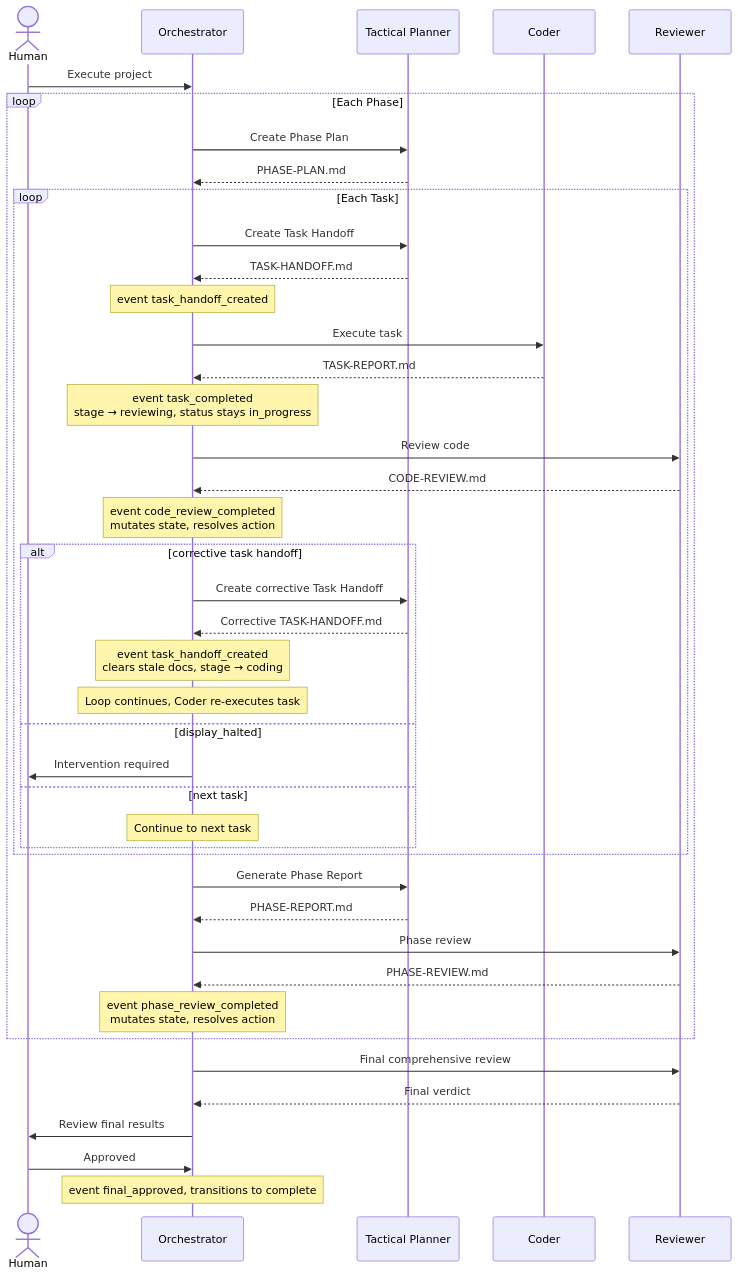
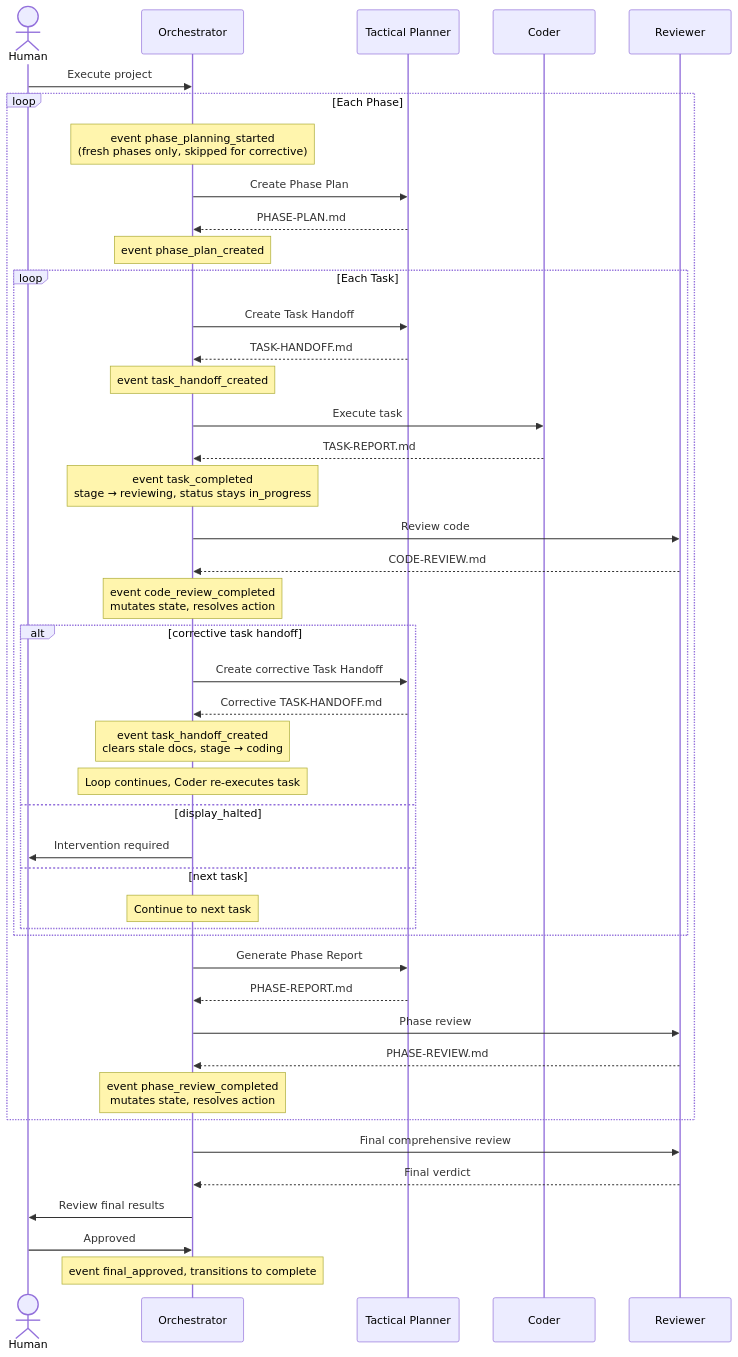
Before and after one commit to MetalHexx/RadOrchestration: the sixth of 7 diagrams in docs/pipeline.md, drawn with Mermaid. The commit also changed other lines of this file and 6 other files, not shown here.

Commit message:
fix: Phase planning state is now properly expressed as `in_progress / executing`.  This indirectly improves the UI experience by showing a "Planning" badge in the UI when phases are being planned.

````diff
--- a/docs/pipeline.md
+++ b/docs/pipeline.md
@@ -145,52 +145,54 @@
 ```mermaid
 sequenceDiagram
     actor Human
     participant ORC as Orchestrator
     participant TP as Tactical Planner
     participant COD as Coder
     participant REV as Reviewer
 
     Human->>ORC: Execute project
 
     loop Each Phase
+        Note over ORC: event phase_planning_started<br/>(fresh phases only, skipped for corrective)
         ORC->>TP: Create Phase Plan
         TP-->>ORC: PHASE-PLAN.md
+        Note over ORC: event phase_plan_created
 
         loop Each Task
             ORC->>TP: Create Task Handoff
             TP-->>ORC: TASK-HANDOFF.md
             Note over ORC: event task_handoff_created
 
             ORC->>COD: Execute task
             COD-->>ORC: TASK-REPORT.md
             Note over ORC: event task_completed<br/>stage → reviewing, status stays in_progress
 
             ORC->>REV: Review code
             REV-->>ORC: CODE-REVIEW.md
             Note over ORC: event code_review_completed<br/>mutates state, resolves action
 
             alt corrective task handoff
                 ORC->>TP: Create corrective Task Handoff
                 TP-->>ORC: Corrective TASK-HANDOFF.md
                 Note over ORC: event task_handoff_created<br/>clears stale docs, stage → coding
                 Note over ORC: Loop continues, Coder re-executes task
             else display_halted
                 ORC->>Human: Intervention required
             else next task
                 Note over ORC: Continue to next task
             end
         end
 
         ORC->>TP: Generate Phase Report
         TP-->>ORC: PHASE-REPORT.md
         ORC->>REV: Phase review
         REV-->>ORC: PHASE-REVIEW.md
         Note over ORC: event phase_review_completed<br/>mutates state, resolves action
     end
 
     ORC->>REV: Final comprehensive review
     REV-->>ORC: Final verdict
     ORC->>Human: Review final results
     Human->>ORC: Approved
     Note over ORC: event final_approved, transitions to complete
 ```
````
